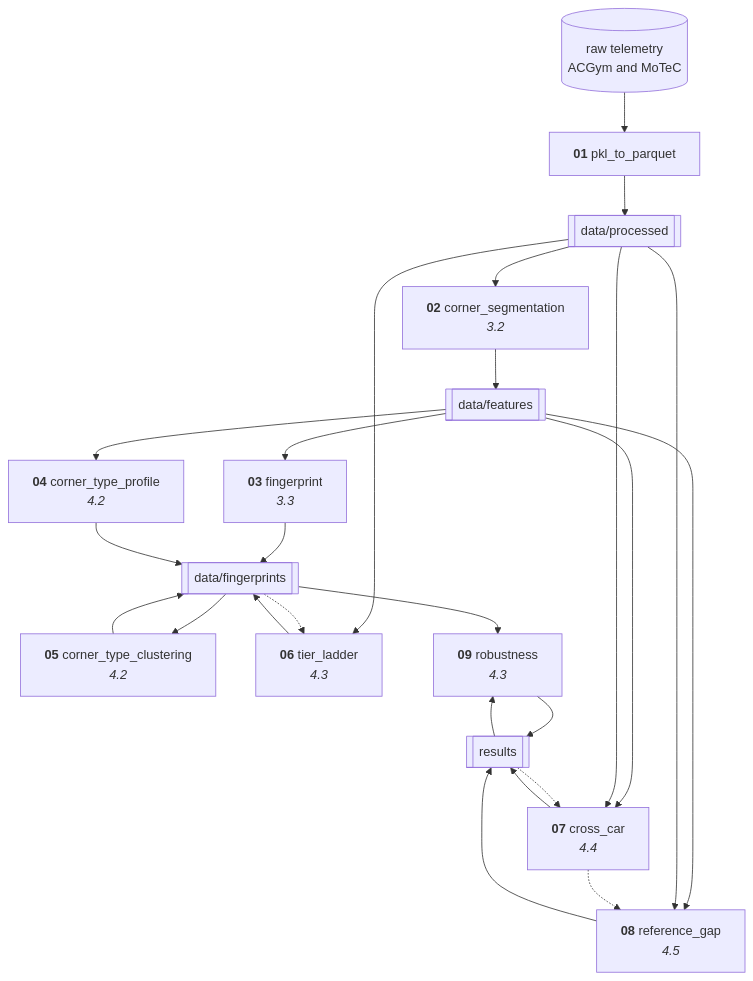
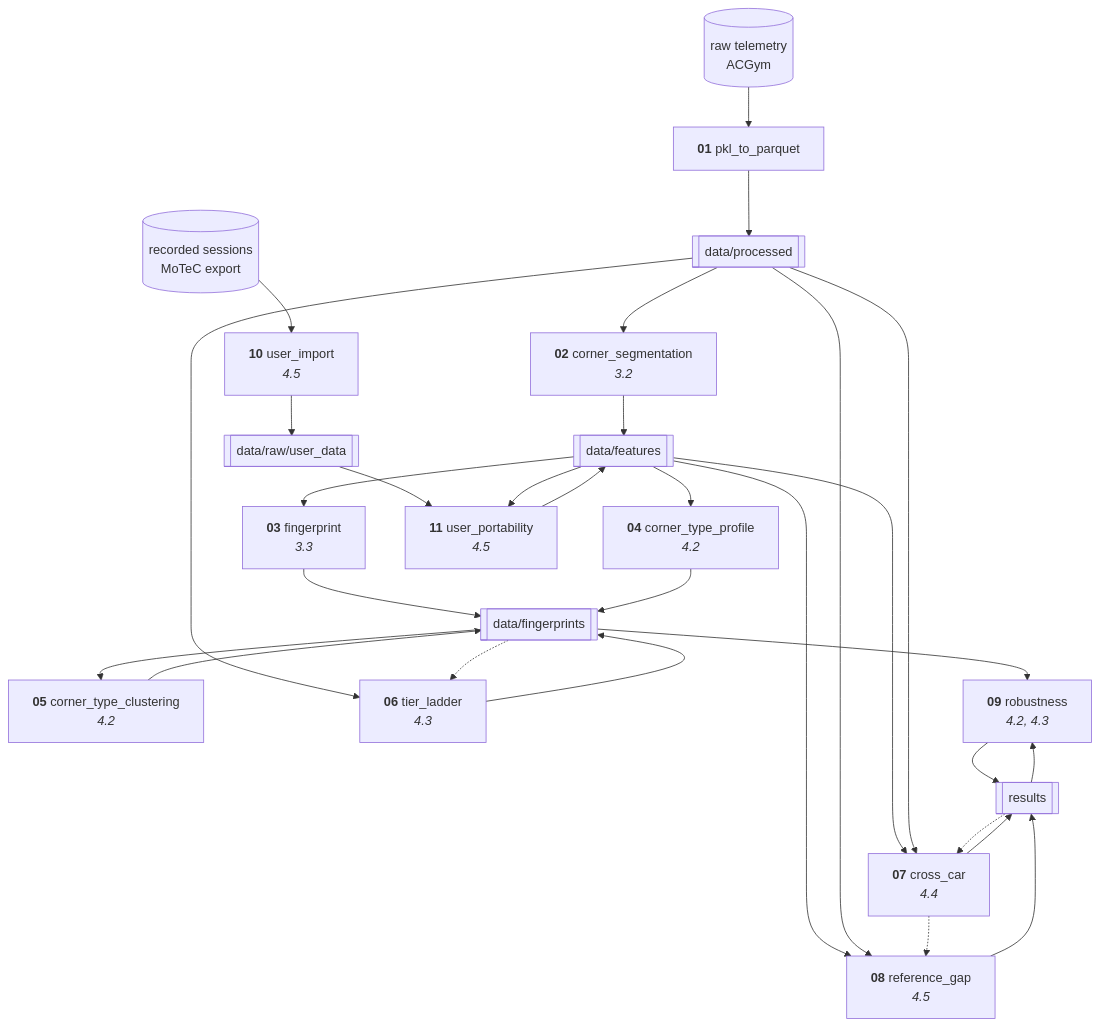
Before and after one commit to EfeCangirili/TRACK-sim-racing-telemetry: the diagram in README.md, drawn with Mermaid. The commit also changed other lines of this file and 12 other files, not shown here.

````diff
--- a/README.md
+++ b/README.md
@@ -114,34 +114,41 @@
 ```mermaid
 flowchart TD
-    RAW[("raw telemetry<br/>ACGym and MoTeC")]
+    RAW[("raw telemetry<br/>ACGym")]
+    URAW[("recorded sessions<br/>MoTeC export")]
     N01["<b>01</b> pkl_to_parquet"]
     PROC[["data/processed"]]
     N02["<b>02</b> corner_segmentation<br/><i>3.2</i>"]
     FEAT[["data/features"]]
     N03["<b>03</b> fingerprint<br/><i>3.3</i>"]
     N04["<b>04</b> corner_type_profile<br/><i>4.2</i>"]
     N05["<b>05</b> corner_type_clustering<br/><i>4.2</i>"]
     N06["<b>06</b> tier_ladder<br/><i>4.3</i>"]
     N07["<b>07</b> cross_car<br/><i>4.4</i>"]
     N08["<b>08</b> reference_gap<br/><i>4.5</i>"]
-    N09["<b>09</b> robustness<br/><i>4.3</i>"]
+    N09["<b>09</b> robustness<br/><i>4.2, 4.3</i>"]
+    N10["<b>10</b> user_import<br/><i>4.5</i>"]
+    N11["<b>11</b> user_portability<br/><i>4.5</i>"]
+    USTD[["data/raw/user_data"]]
     FP[["data/fingerprints"]]
     RES[["results"]]
 
     RAW --> N01 --> PROC
     PROC --> N02 --> FEAT
     FEAT --> N03 --> FP
     FEAT --> N04 --> FP
     FP --> N05 --> FP
     PROC --> N06 --> FP
     FEAT --> N07 --> RES
     PROC --> N07
     FEAT --> N08 --> RES
     PROC --> N08
     FP --> N09 --> RES
     RES --> N09
 
+    URAW --> N10 --> USTD --> N11
+    FEAT --> N11 --> FEAT
+
     N07 -.-> N08
     FP -.-> N06
     RES -.-> N07
 ```
````
